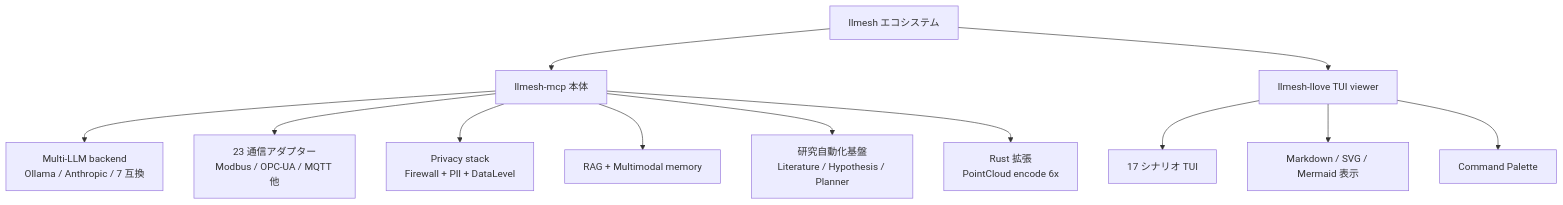
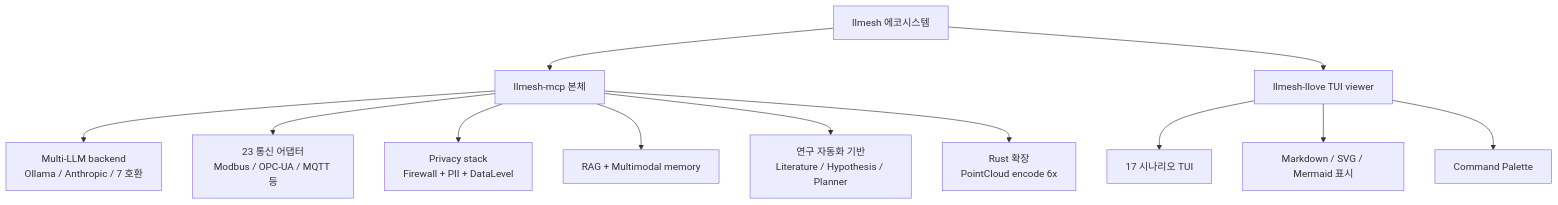
The diagram in tools/qiita-cli-poc/public/99e4558953df57ccaffb.md (furuse-kazufumi/fullsense), drawn with Mermaid before and after one commit. The commit also changed other lines of this file and 51 other files, not shown here.

````diff
--- a/tools/qiita-cli-poc/public/99e4558953df57ccaffb.md
+++ b/tools/qiita-cli-poc/public/99e4558953df57ccaffb.md
@@ -36,17 +1723,17 @@
 ```mermaid
 flowchart TB
-  Root[llmesh エコシステム]
-  Root --> Mcp[llmesh-mcp 本体]
+  Root[llmesh 에코시스템]
+  Root --> Mcp[llmesh-mcp 본체]
   Root --> Llove[llmesh-llove TUI viewer]
 
-  Mcp --> Llm[Multi-LLM backend<br/>Ollama / Anthropic / 7 互換]
-  Mcp --> Proto[23 通信アダプター<br/>Modbus / OPC-UA / MQTT 他]
+  Mcp --> Llm[Multi-LLM backend<br/>Ollama / Anthropic / 7 호환]
+  Mcp --> Proto[23 통신 어댑터<br/>Modbus / OPC-UA / MQTT 등]
   Mcp --> Sec[Privacy stack<br/>Firewall + PII + DataLevel]
   Mcp --> Rag[RAG + Multimodal memory]
-  Mcp --> Res[研究自動化基盤<br/>Literature / Hypothesis / Planner]
-  Mcp --> Rust[Rust 拡張<br/>PointCloud encode 6x]
+  Mcp --> Res[연구 자동화 기반<br/>Literature / Hypothesis / Planner]
+  Mcp --> Rust[Rust 확장<br/>PointCloud encode 6x]
 
-  Llove --> Tui[17 シナリオ TUI]
-  Llove --> Vw[Markdown / SVG / Mermaid 表示]
+  Llove --> Tui[17 시나리오 TUI]
+  Llove --> Vw[Markdown / SVG / Mermaid 표시]
   Llove --> Cmd[Command Palette]
 ```
````
